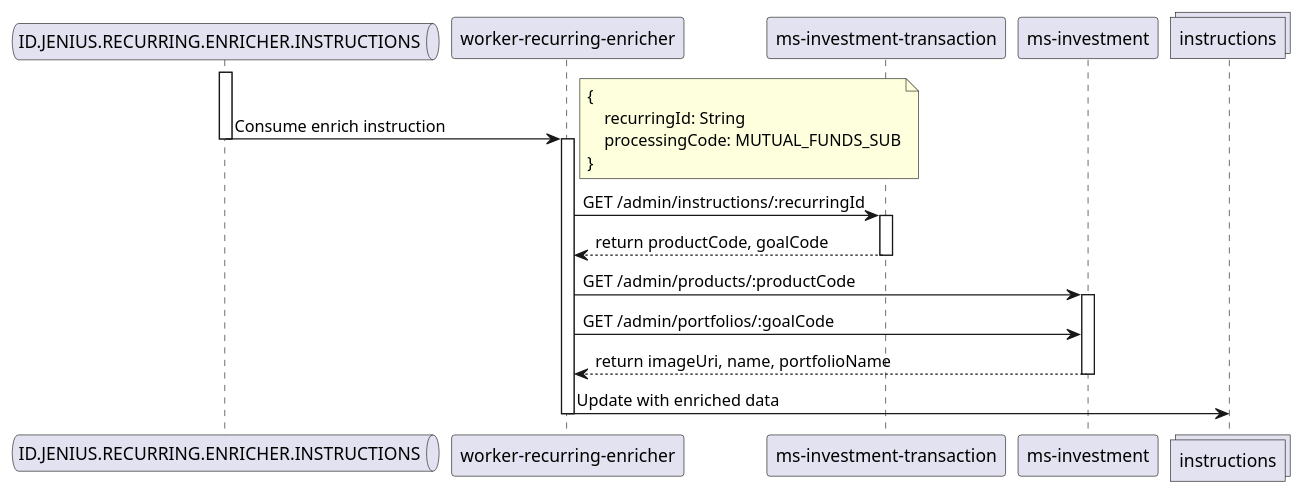
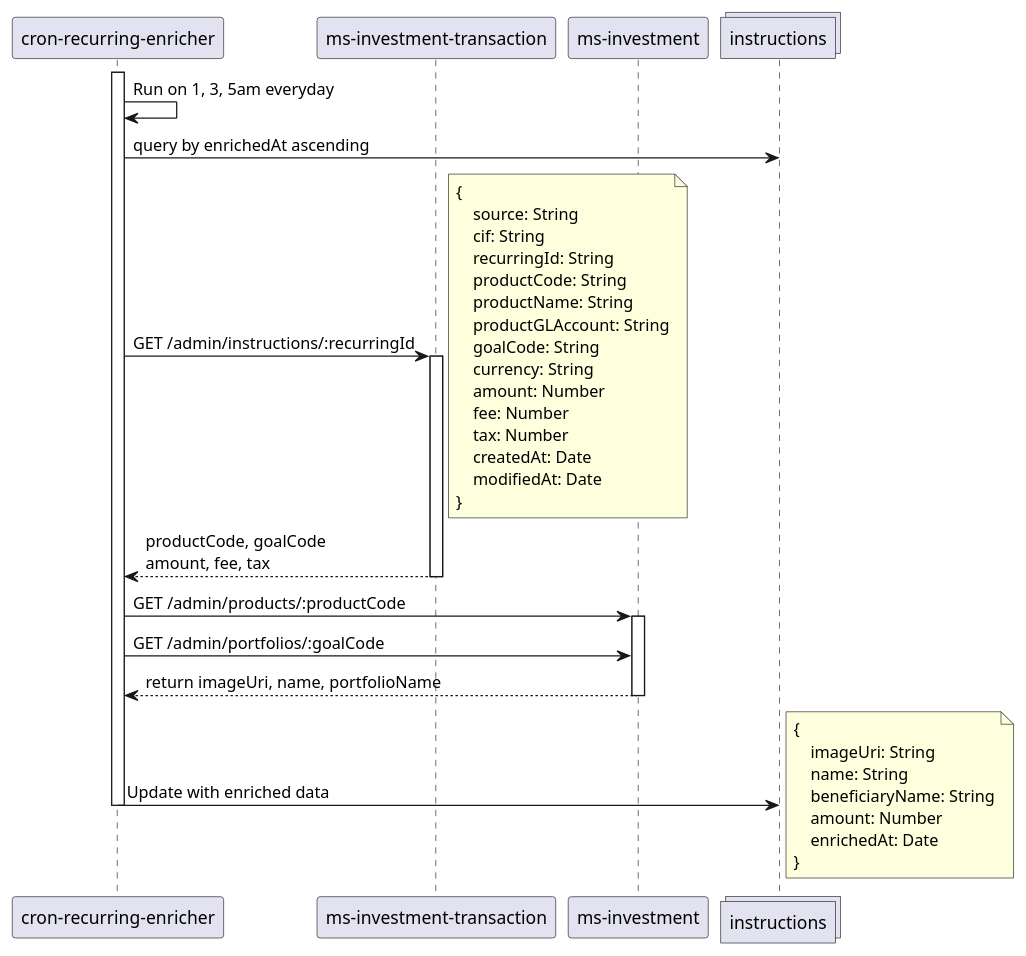
The diagram in enricherRecurring.puml (iksena/jenius-uml), drawn with PlantUML before and after one commit. The commit also changed 8 other files, not shown here.

```diff
--- a/enricherRecurring.puml
+++ b/enricherRecurring.puml
@@ -1,32 +1,49 @@
 @startuml mutual funds cron recurring
 
-queue "ID.JENIUS.RECURRING.ENRICHER.INSTRUCTIONS" as kafkaEnrich
-participant "worker-recurring-enricher" as wre
+participant "cron-recurring-enricher" as cre
 participant "ms-investment-transaction" as mit
 participant "ms-investment" as mi
 collections "instructions" as instr
 
-
-activate kafkaEnrich
-kafkaEnrich -> wre: Consume enrich instruction
+activate cre
+cre -> cre: Run on 1, 3, 5am everyday
+cre -> instr: query by enrichedAt ascending
+cre -> mit: GET /admin/instructions/:recurringId
+note right
+{ 
+    source: String
+    cif: String
+    recurringId: String
+    productCode: String
+    productName: String
+    productGLAccount: String
+    goalCode: String
+    currency: String
+    amount: Number
+    fee: Number
+    tax: Number
+    createdAt: Date
+    modifiedAt: Date
+}
+end note
+activate mit
+mit --> cre: productCode, goalCode\namount, fee, tax
+deactivate mit
+cre -> mi: GET /admin/products/:productCode
+activate mi
+cre -> mi: GET /admin/portfolios/:goalCode
+mi --> cre: return imageUri, name, portfolioName
+deactivate mi
+cre -> instr: Update with enriched data
 note right
 {
-    recurringId: String
-    processingCode: MUTUAL_FUNDS_SUB
+    imageUri: String
+    name: String
+    beneficiaryName: String
+    amount: Number
+    enrichedAt: Date
 }
 end note
-deactivate kafkaEnrich
-activate wre
-wre -> mit: GET /admin/instructions/:recurringId
-activate mit
-mit --> wre: return productCode, goalCode
-deactivate mit
-wre -> mi: GET /admin/products/:productCode
-activate mi
-wre -> mi: GET /admin/portfolios/:goalCode
-mi --> wre: return imageUri, name, portfolioName
-deactivate mi
-wre -> instr: Update with enriched data
-deactivate wre
+deactivate cre
 
 @enduml
```
